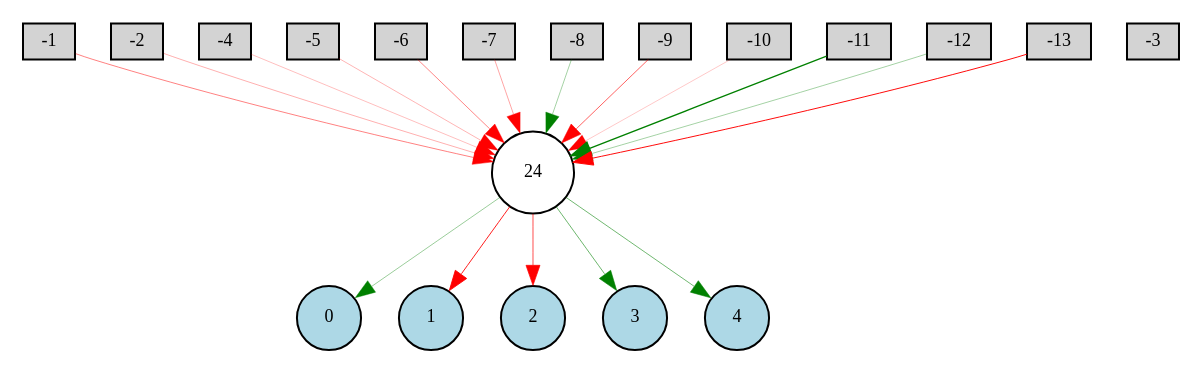
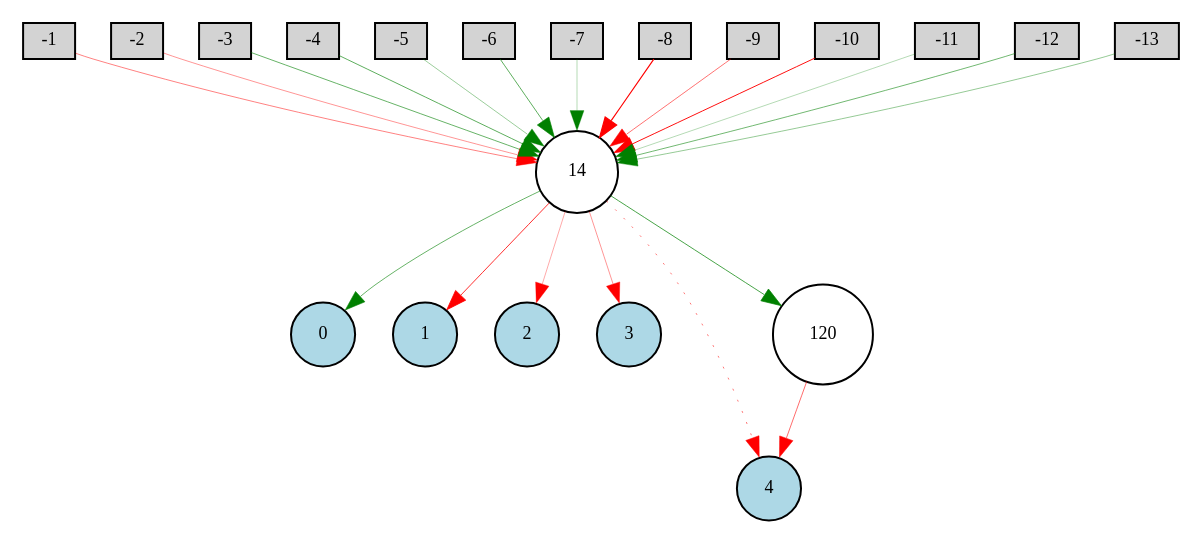
One commit to ClarityCoders/SpaceGameNeat changed the diagram in Digraph.gv. Above: the diagram before and after it, drawn with Graphviz. The commit also changed 6 other files, not shown here.

```diff
--- a/Digraph.gv
+++ b/Digraph.gv
@@ -1,39 +1,43 @@
 digraph {
 	node [fontsize=9 height=0.2 shape=circle width=0.2]
 	-1 [fillcolor=lightgray shape=box style=filled]
 	-2 [fillcolor=lightgray shape=box style=filled]
 	-3 [fillcolor=lightgray shape=box style=filled]
 	-4 [fillcolor=lightgray shape=box style=filled]
 	-5 [fillcolor=lightgray shape=box style=filled]
 	-6 [fillcolor=lightgray shape=box style=filled]
 	-7 [fillcolor=lightgray shape=box style=filled]
 	-8 [fillcolor=lightgray shape=box style=filled]
 	-9 [fillcolor=lightgray shape=box style=filled]
 	-10 [fillcolor=lightgray shape=box style=filled]
 	-11 [fillcolor=lightgray shape=box style=filled]
 	-12 [fillcolor=lightgray shape=box style=filled]
 	-13 [fillcolor=lightgray shape=box style=filled]
 	0 [fillcolor=lightblue style=filled]
 	1 [fillcolor=lightblue style=filled]
 	2 [fillcolor=lightblue style=filled]
 	3 [fillcolor=lightblue style=filled]
 	4 [fillcolor=lightblue style=filled]
-	24 [fillcolor=white style=filled]
-	-1 -> 24 [color=red penwidth=0.2479119521257875 style=solid]
-	-2 -> 24 [color=red penwidth=0.15685037874968955 style=solid]
-	-4 -> 24 [color=red penwidth=0.1311053946707014 style=solid]
-	-5 -> 24 [color=red penwidth=0.15051256162018017 style=solid]
-	-6 -> 24 [color=red penwidth=0.23722211997684553 style=solid]
-	-7 -> 24 [color=red penwidth=0.18498321517252797 style=solid]
-	-8 -> 24 [color=green penwidth=0.1783016498429498 style=solid]
-	-9 -> 24 [color=red penwidth=0.3144986138164362 style=solid]
-	-10 -> 24 [color=red penwidth=0.10863164172052267 style=solid]
-	-11 -> 24 [color=green penwidth=0.6357605155998826 style=solid]
-	-12 -> 24 [color=green penwidth=0.17599792845257517 style=solid]
-	-13 -> 24 [color=red penwidth=0.48408096680296897 style=solid]
-	24 -> 0 [color=green penwidth=0.20025591335740373 style=solid]
-	24 -> 1 [color=red penwidth=0.4388889236550283 style=solid]
-	24 -> 2 [color=red penwidth=0.35301189527399723 style=solid]
-	24 -> 3 [color=green penwidth=0.28902310778275864 style=solid]
-	24 -> 4 [color=green penwidth=0.2794063873410487 style=solid]
+	14 [fillcolor=white style=filled]
+	120 [fillcolor=white style=filled]
+	-1 -> 14 [color=red penwidth=0.25334156052107304 style=solid]
+	-2 -> 14 [color=red penwidth=0.20538599301730964 style=solid]
+	-3 -> 14 [color=green penwidth=0.30353335539346094 style=solid]
+	-4 -> 14 [color=green penwidth=0.32313646354125236 style=solid]
+	-5 -> 14 [color=green penwidth=0.20138727163627423 style=solid]
+	-6 -> 14 [color=green penwidth=0.31580469701069946 style=solid]
+	-7 -> 14 [color=green penwidth=0.15170024748681854 style=solid]
+	-8 -> 14 [color=red penwidth=0.5772079714523126 style=solid]
+	-9 -> 14 [color=red penwidth=0.2797511480253911 style=solid]
+	-10 -> 14 [color=red penwidth=0.46766950644209504 style=solid]
+	-11 -> 14 [color=green penwidth=0.15084050781903552 style=solid]
+	-12 -> 14 [color=green penwidth=0.27650295735964525 style=solid]
+	-13 -> 14 [color=green penwidth=0.21051170788105011 style=solid]
+	14 -> 0 [color=green penwidth=0.2953533428308184 style=solid]
+	14 -> 1 [color=red penwidth=0.4119952250977621 style=solid]
+	14 -> 2 [color=red penwidth=0.17121708414861314 style=solid]
+	14 -> 3 [color=red penwidth=0.20614566413738916 style=solid]
+	14 -> 4 [color=red penwidth=0.2667656820758244 style=dotted]
+	14 -> 120 [color=green penwidth=0.3597215301598592 style=solid]
+	120 -> 4 [color=red penwidth=0.29221335161563755 style=solid]
 }
```
